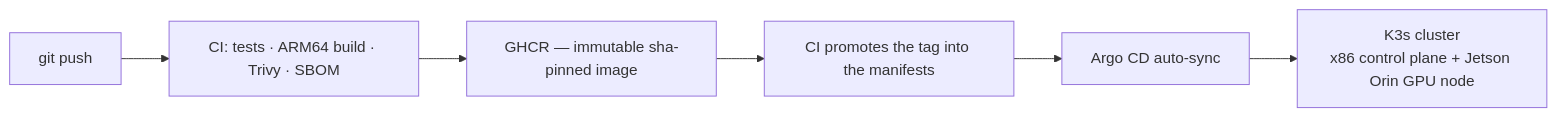
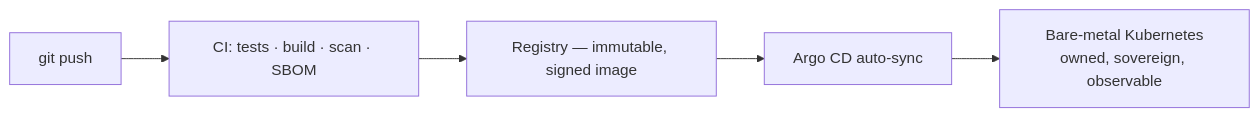
One commit to beladjioo/beladjioo changed the diagram in README.md. Above: the diagram before and after it, drawn with Mermaid. The commit also changed other lines of this file, not shown here.

````diff
--- a/README.md
+++ b/README.md
@@ -18,8 +21,7 @@
 ```mermaid
 flowchart LR
-    A[git push] --> B[CI: tests · ARM64 build · Trivy · SBOM]
-    B --> C[GHCR — immutable sha-pinned image]
-    C --> D[CI promotes the tag into the manifests]
-    D --> E[Argo CD auto-sync]
-    E --> F[K3s cluster<br/>x86 control plane + Jetson Orin GPU node]
+    A[git push] --> B[CI: tests · build · scan · SBOM]
+    B --> C[Registry — immutable, signed image]
+    C --> D[Argo CD auto-sync]
+    D --> E[Bare-metal Kubernetes<br/>owned, sovereign, observable]
 ```
````
